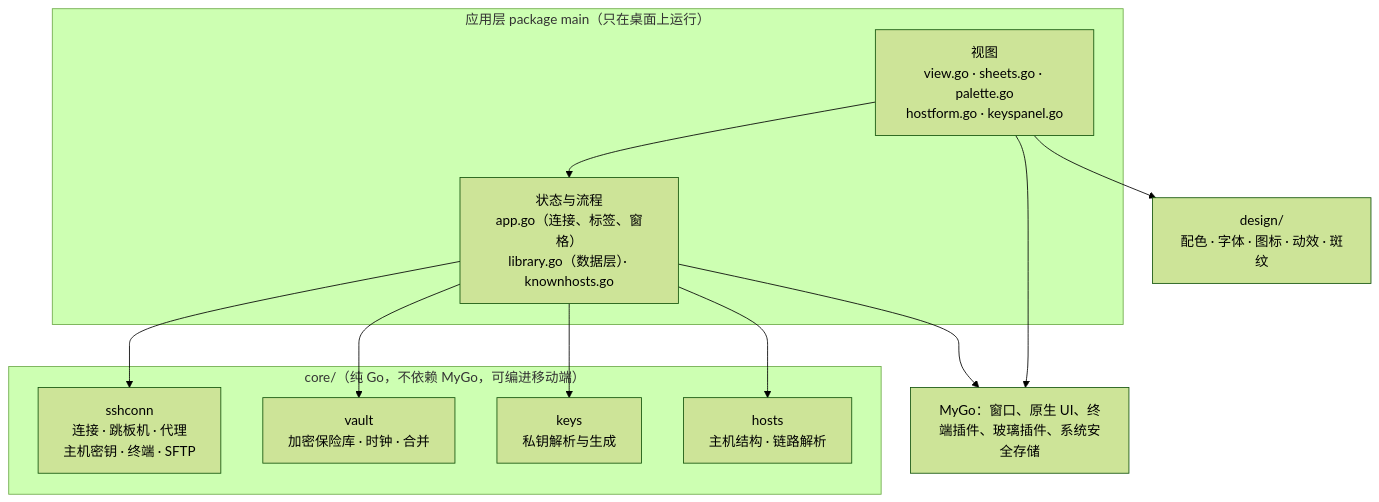
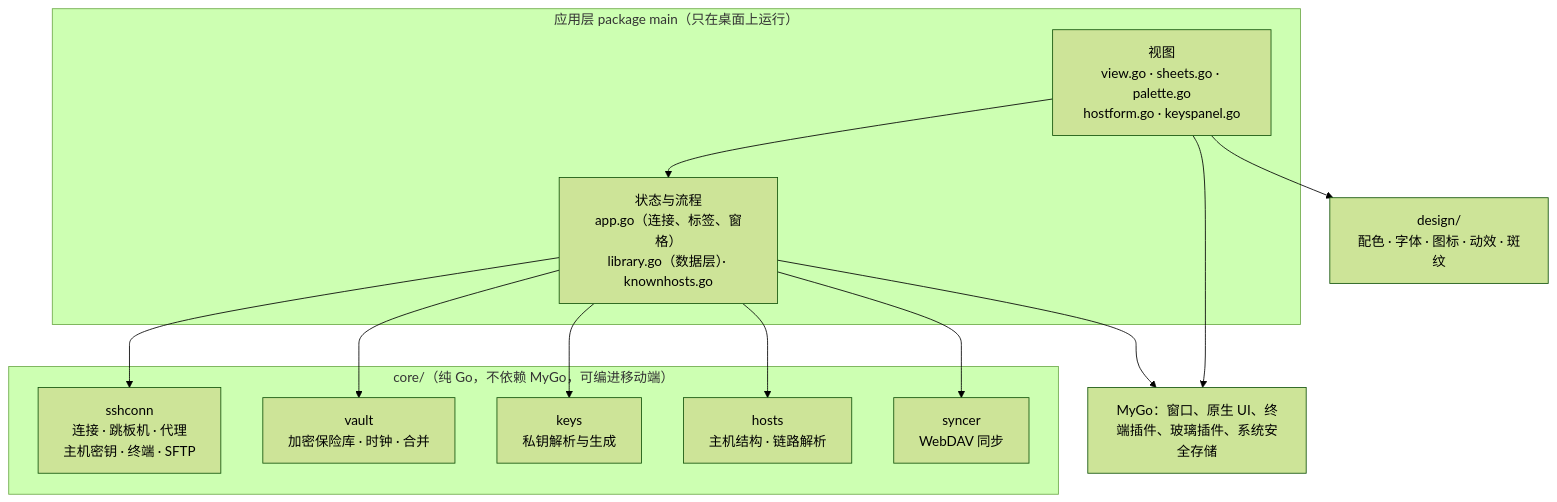
The first of 2 diagrams in docs/architecture.md (jhzhang09/serval), drawn with Mermaid (forest theme) before and after one commit. The commit also changed other lines of this file and 13 other files, not shown here.

First line of the commit message:
feat(sync): 用 WebDAV 同步保险库

````diff
--- a/docs/architecture.md
+++ b/docs/architecture.md
@@ -7,20 +7,21 @@
 ```mermaid
 flowchart TB
     subgraph app["应用层 package main（只在桌面上运行）"]
         view["视图<br/>view.go · sheets.go · palette.go<br/>hostform.go · keyspanel.go"]
         state["状态与流程<br/>app.go（连接、标签、窗格）<br/>library.go（数据层）· knownhosts.go"]
     end
     design["design/<br/>配色 · 字体 · 图标 · 动效 · 斑纹"]
     subgraph core["core/（纯 Go，不依赖 MyGo，可编进移动端）"]
         sshconn["sshconn<br/>连接 · 跳板机 · 代理<br/>主机密钥 · 终端 · SFTP"]
         vault["vault<br/>加密保险库 · 时钟 · 合并"]
         keys["keys<br/>私钥解析与生成"]
         hosts["hosts<br/>主机结构 · 链路解析"]
+        syncer["syncer<br/>WebDAV 同步"]
     end
     mygo["MyGo：窗口、原生 UI、终端插件、玻璃插件、系统安全存储"]
     view --> state
     view --> design
-    state --> sshconn & vault & keys & hosts
+    state --> sshconn & vault & keys & hosts & syncer
     view --> mygo
     state --> mygo
 ```
````
